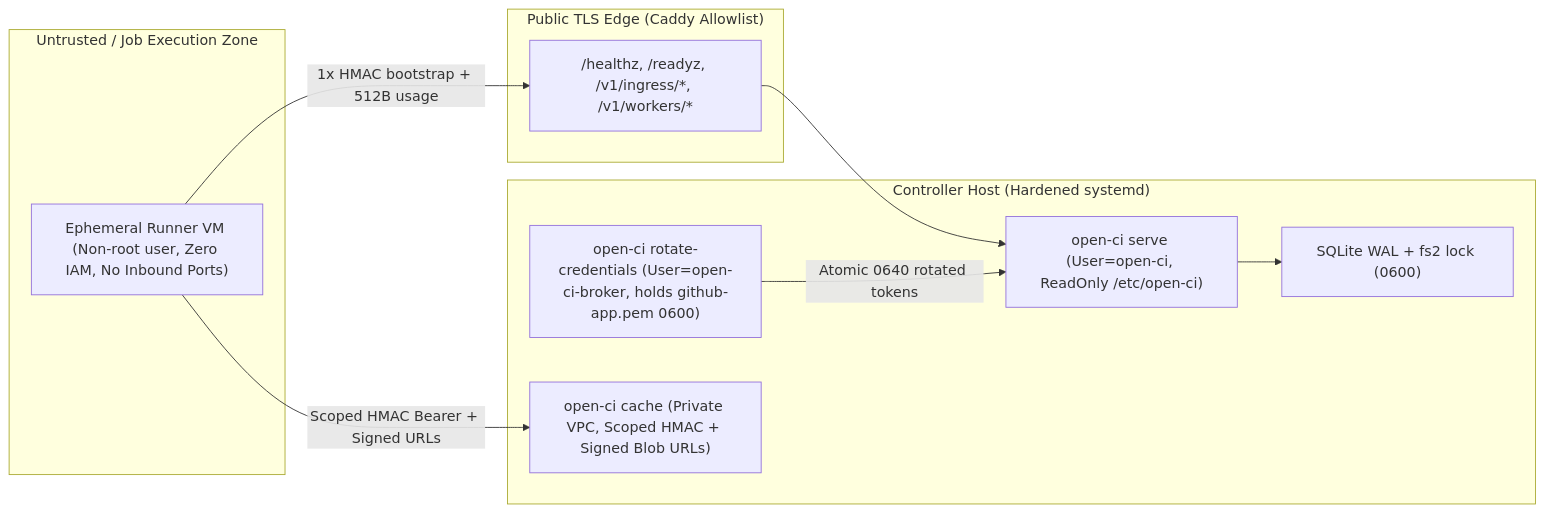
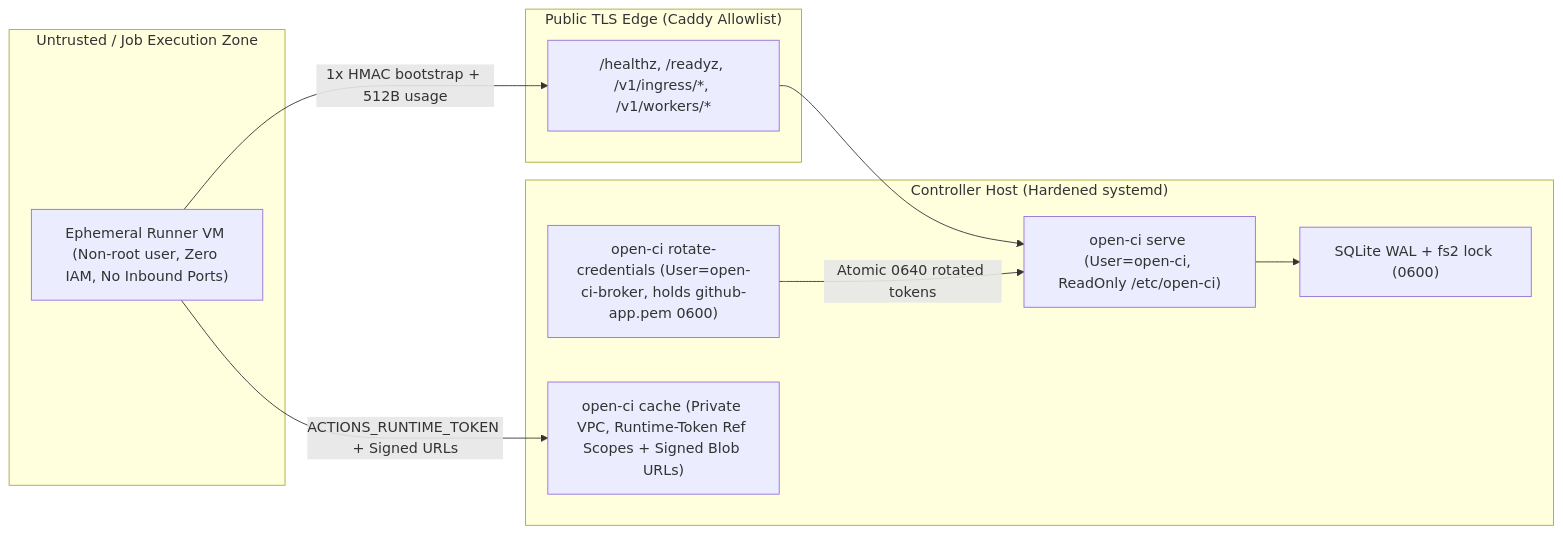
The diagram in docs/security.md (katchlabs/open-ci), drawn with Mermaid before and after one commit. The commit also changed other lines of this file and 66 other files, not shown here.

````diff
--- a/docs/security.md
+++ b/docs/security.md
@@ -11,22 +11,22 @@
 ```mermaid
 flowchart LR
     subgraph Untrusted["Untrusted / Job Execution Zone"]
         VM["Ephemeral Runner VM (Non-root user, Zero IAM, No Inbound Ports)"]
     end
 
     subgraph PublicIngress["Public TLS Edge (Caddy Allowlist)"]
         EDGE["/healthz, /readyz, /v1/ingress/*, /v1/workers/*"]
     end
 
     subgraph ControlZone["Controller Host (Hardened systemd)"]
         CP["open-ci serve (User=open-ci, ReadOnly /etc/open-ci)"]
         DB["SQLite WAL + fs2 lock (0600)"]
         BROKER["open-ci rotate-credentials (User=open-ci-broker, holds github-app.pem 0600)"]
-        CACHE["open-ci cache (Private VPC, Scoped HMAC + Signed Blob URLs)"]
+        CACHE["open-ci cache (Private VPC, Runtime-Token Ref Scopes + Signed Blob URLs)"]
     end
 
     VM -->|"1x HMAC bootstrap + 512B usage"| EDGE --> CP
-    VM -->|"Scoped HMAC Bearer + Signed URLs"| CACHE
+    VM -->|"ACTIONS_RUNTIME_TOKEN + Signed URLs"| CACHE
     CP --> DB
     BROKER -->|"Atomic 0640 rotated tokens"| CP
 ```
````
